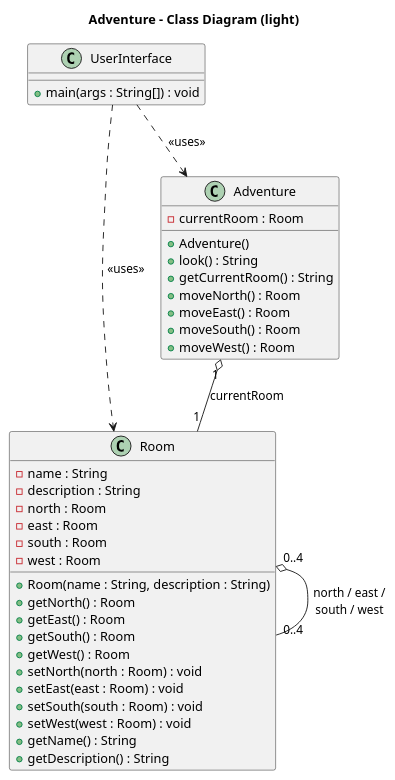
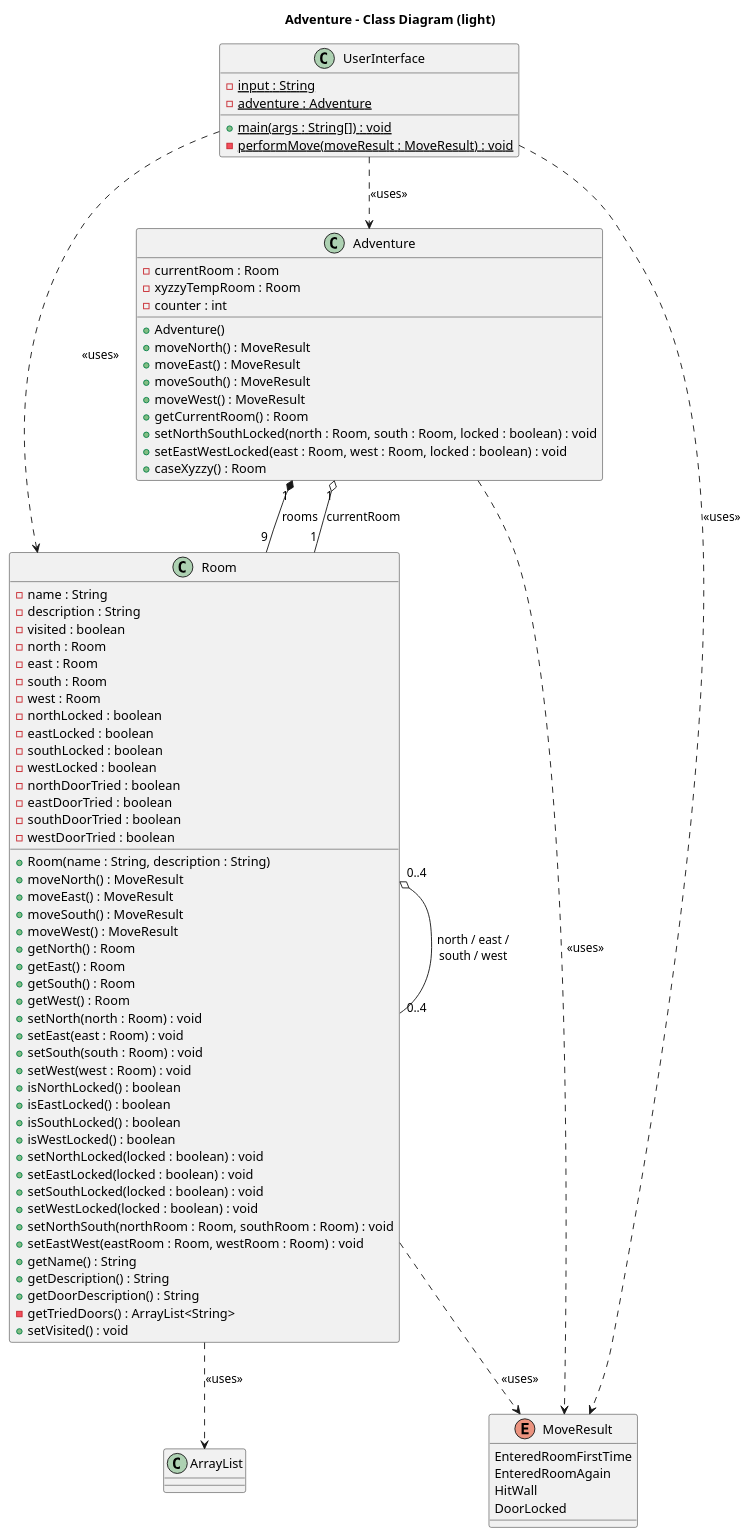
The diagram in docs/class-diagram-light.puml (mwnDK1402/Adventure), drawn with PlantUML before and after one commit. The commit also changed 7 other files, not shown here.

First line of the commit message:
Update class diagrams for Day 2 changes

```diff
--- a/docs/class-diagram-light.puml
+++ b/docs/class-diagram-light.puml
@@ -1,57 +1,106 @@
 @startuml
 title Adventure - Class Diagram (light)
 
 skinparam {
     backgroundColor white
     ArrowColor #181818
     ClassBackgroundColor #F1F1F1
     ClassBorderColor #181818
     ClassFontColor #000000
     ClassAttributeFontColor #000000
     ClassAttributeIconColor #000000
     ClassStereotypeFontColor #000000
+    EnumBackgroundColor #F1F1F1
+    EnumBorderColor #181818
+    EnumFontColor #000000
+    EnumTitleFontColor #000000
     TitleFontColor #000000
     DefaultFontColor #000000
 }
 
 class Room {
     - name : String
     - description : String
+    - visited : boolean
     - north : Room
     - east : Room
     - south : Room
     - west : Room
+    - northLocked : boolean
+    - eastLocked : boolean
+    - southLocked : boolean
+    - westLocked : boolean
+    - northDoorTried : boolean
+    - eastDoorTried : boolean
+    - southDoorTried : boolean
+    - westDoorTried : boolean
     + Room(name : String, description : String)
+    + moveNorth() : MoveResult
+    + moveEast() : MoveResult
+    + moveSouth() : MoveResult
+    + moveWest() : MoveResult
     + getNorth() : Room
     + getEast() : Room
     + getSouth() : Room
     + getWest() : Room
     + setNorth(north : Room) : void
     + setEast(east : Room) : void
     + setSouth(south : Room) : void
     + setWest(west : Room) : void
+    + isNorthLocked() : boolean
+    + isEastLocked() : boolean
+    + isSouthLocked() : boolean
+    + isWestLocked() : boolean
+    + setNorthLocked(locked : boolean) : void
+    + setEastLocked(locked : boolean) : void
+    + setSouthLocked(locked : boolean) : void
+    + setWestLocked(locked : boolean) : void
+    + setNorthSouth(northRoom : Room, southRoom : Room) : void
+    + setEastWest(eastRoom : Room, westRoom : Room) : void
     + getName() : String
     + getDescription() : String
+    + getDoorDescription() : String
+    - getTriedDoors() : ArrayList<String>
+    + setVisited() : void
+}
+
+enum MoveResult {
+    EnteredRoomFirstTime
+    EnteredRoomAgain
+    HitWall
+    DoorLocked
 }
 
 class Adventure {
     - currentRoom : Room
+    - xyzzyTempRoom : Room
+    - counter : int
     + Adventure()
-    + look() : String
-    + getCurrentRoom() : String
-    + moveNorth() : Room
-    + moveEast() : Room
-    + moveSouth() : Room
-    + moveWest() : Room
+    + moveNorth() : MoveResult
+    + moveEast() : MoveResult
+    + moveSouth() : MoveResult
+    + moveWest() : MoveResult
+    + getCurrentRoom() : Room
+    + setNorthSouthLocked(north : Room, south : Room, locked : boolean) : void
+    + setEastWestLocked(east : Room, west : Room, locked : boolean) : void
+    + caseXyzzy() : Room
 }
 
 class UserInterface {
-    + main(args : String[]) : void
+    - {static} input : String
+    - {static} adventure : Adventure
+    + {static} main(args : String[]) : void
+    - {static} performMove(moveResult : MoveResult) : void
 }
 
 Adventure "1" o-- "1" Room : currentRoom
+Adventure "1" *-- "9" Room : rooms
 Room "0..4" o-- "0..4" Room : north / east /\nsouth / west
+Room ..> MoveResult : <<uses>>
+Adventure ..> MoveResult : <<uses>>
+Room ..> ArrayList : <<uses>>
 UserInterface ..> Adventure : <<uses>>
 UserInterface ..> Room : <<uses>>
+UserInterface ..> MoveResult : <<uses>>
 
 @enduml
```
